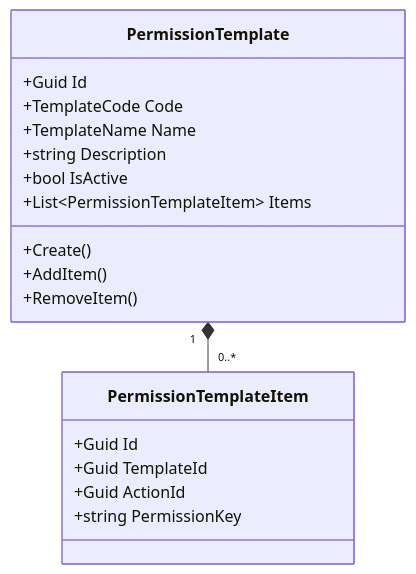
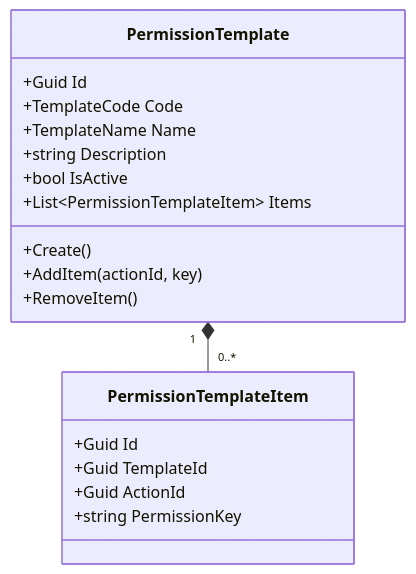
The first of 3 diagrams in docs/domain/authorization/permission-template.md (beyondnetcode/ums), drawn with Mermaid before and after one commit. The commit also changed other lines of this file and 19 other files, not shown here.

````diff
--- a/docs/domain/authorization/permission-template.md
+++ b/docs/domain/authorization/permission-template.md
@@ -61,21 +77,22 @@
 ```mermaid
 classDiagram
+    direction TB
     class PermissionTemplate {
         +Guid Id
         +TemplateCode Code
         +TemplateName Name
         +string Description
         +bool IsActive
         +List~PermissionTemplateItem~ Items
         +Create()
-        +AddItem()
+        +AddItem(actionId, key)
         +RemoveItem()
     }
     class PermissionTemplateItem {
         +Guid Id
         +Guid TemplateId
         +Guid ActionId
         +string PermissionKey
     }
     PermissionTemplate "1" *-- "0..*" PermissionTemplateItem
 ```
````
